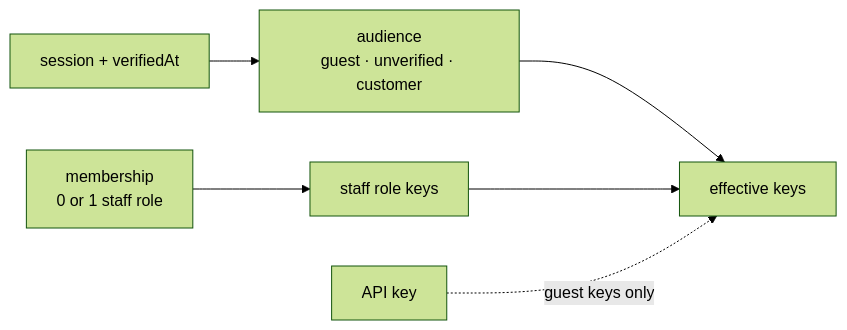
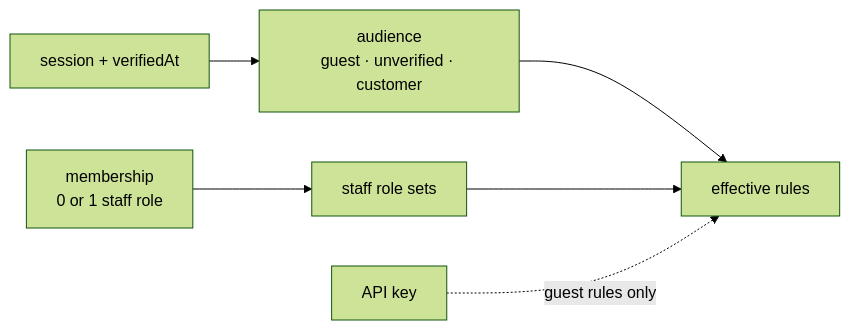
The second of 3 diagrams in docs/theory/authorization.md (Guebbit/boilerplate-node-backend), drawn with Mermaid (forest theme) before and after one commit. The commit also changed other lines of this file and 231 other files, not shown here.

````diff
--- a/docs/theory/authorization.md
+++ b/docs/theory/authorization.md
@@ -146,10 +162,10 @@
 ```mermaid
 flowchart LR
-    accTitle: Effective keys are the audience's plus the staff role's
-    accDescr: The session and the account's verifiedAt pick one audience, a membership may add one staff role, and the caller holds the union. An API key gets only the guest keys and what it was minted with.
+    accTitle: Effective rules are the audience's plus the staff role's
+    accDescr: The session and the account's verifiedAt pick one audience, a membership may add one staff role, and the caller holds the union. An API key gets only the guest rules and what it was minted with.
     S["session + verifiedAt"] --> A["audience<br/>guest · unverified · customer"]
-    M["membership<br/>0 or 1 staff role"] --> R["staff role keys"]
-    A --> U["effective keys"]
+    M["membership<br/>0 or 1 staff role"] --> R["staff role sets"]
+    A --> U["effective rules"]
     R --> U
-    K["API key"] -. "guest keys only" .-> U
+    K["API key"] -. "guest rules only" .-> U
 ```
````
